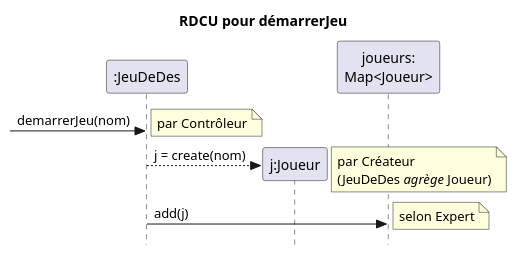
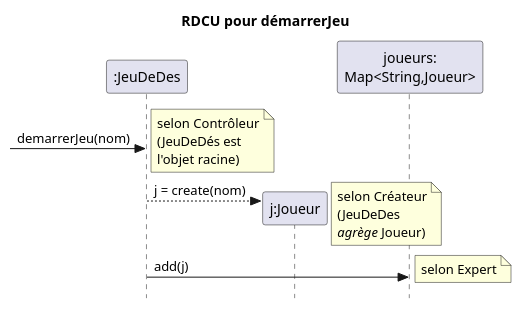
One commit to profcfuhrmanets/log210-jeu-de-des-node-express-ts changed the diagram in docs/rdcu-demarrerJeu.puml. Above: the diagram before and after it, drawn with PlantUML.

Commit message:
Add controller details, map key

```diff
--- a/docs/rdcu-demarrerJeu.puml
+++ b/docs/rdcu-demarrerJeu.puml
@@ -1,15 +1,15 @@
 @startuml
 skinparam style strictuml
 skinparam defaultfontname Verdana
 title RDCU pour démarrerJeu
 participant ":JeuDeDes" as c
 ->c : demarrerJeu(nom)
-note right : par Contrôleur
+note right : selon Contrôleur\n(JeuDeDés est\nl'objet racine)
 participant "j:Joueur" as j
 create j
-participant "joueurs:\nMap<Joueur>" as jm
+participant "joueurs:\nMap<String,Joueur>" as jm
 c-->j : j = create(nom)
-note right : par Créateur\n(JeuDeDes //agrège// Joueur)
+note right : selon Créateur\n(JeuDeDes\n//agrège// Joueur)
 c -> jm : add(j)
 note right : selon Expert
 @enduml
```
